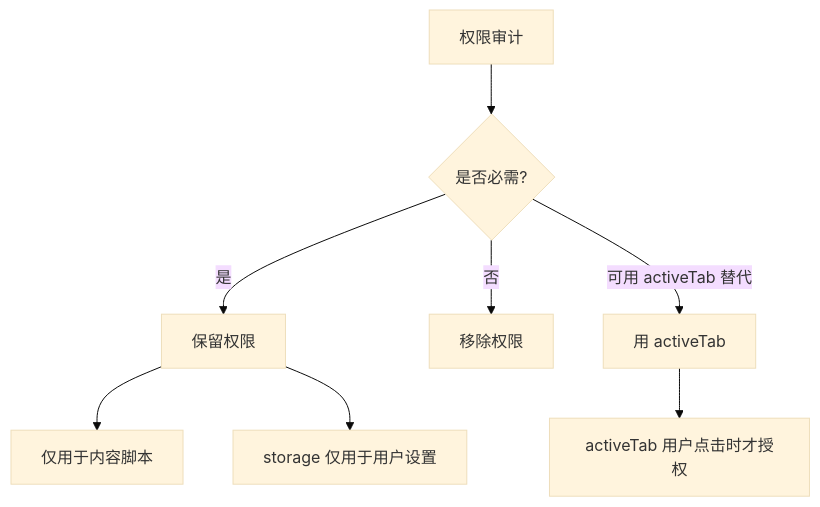
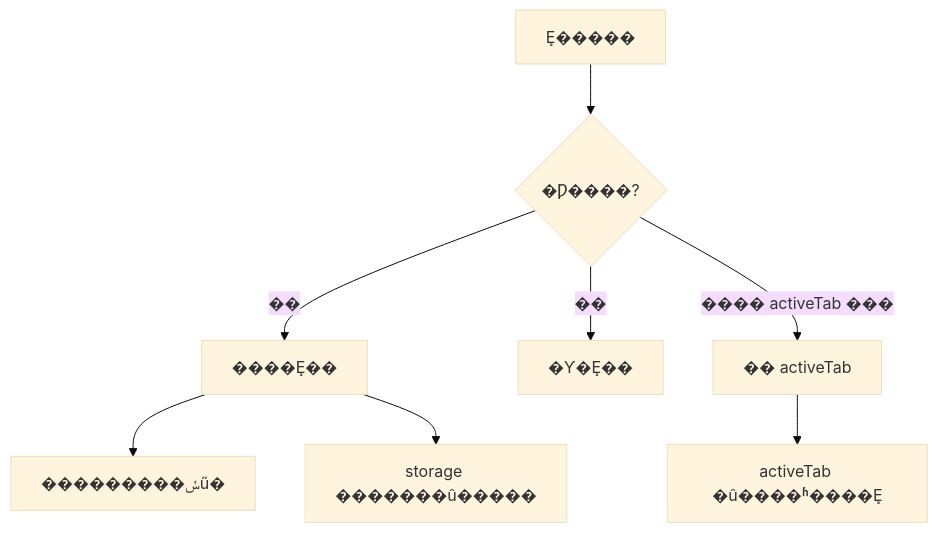
Before and after one commit to TimeHunter618/hugo-maid-dev: the sixth of 8 diagrams in content/post/ai-interview/Chrome插件如何安全调用AI.zh-CN.md, drawn with Mermaid (base theme). The commit also changed other lines of this file and 70 other files, not shown here.

````diff
--- a/content/post/ai-interview/Chrome插件如何安全调用AI.zh-CN.md
+++ b/content/post/ai-interview/Chrome插件如何安全调用AI.zh-CN.md
@@ -409,10 +409,10 @@
 ```mermaid
 graph TD
-    A["权限审计"] --> B{是否必需?}
-    B -->|"是"| C["保留权限"]
-    B -->|"否"| D["移除权限"]
-    B -->|"可用 activeTab 替代"| E["用 activeTab"]
-    C --> C1["<all_urls> 仅用于内容脚本"]
-    C --> C2["storage 仅用于用户设置"]
-    E --> E1["activeTab 用户点击时才授权"]
+    A["Ȩ�����"] --> B{�Ƿ����?}
+    B -->|"��"| C["����Ȩ��"]
+    B -->|"��"| D["�Ƴ�Ȩ��"]
+    B -->|"���� activeTab ���"| E["�� activeTab"]
+    C --> C1["<all_urls> ���������ݽű�"]
+    C --> C2["storage �������û�����"]
+    E --> E1["activeTab �û����ʱ����Ȩ"]
 ```
````
